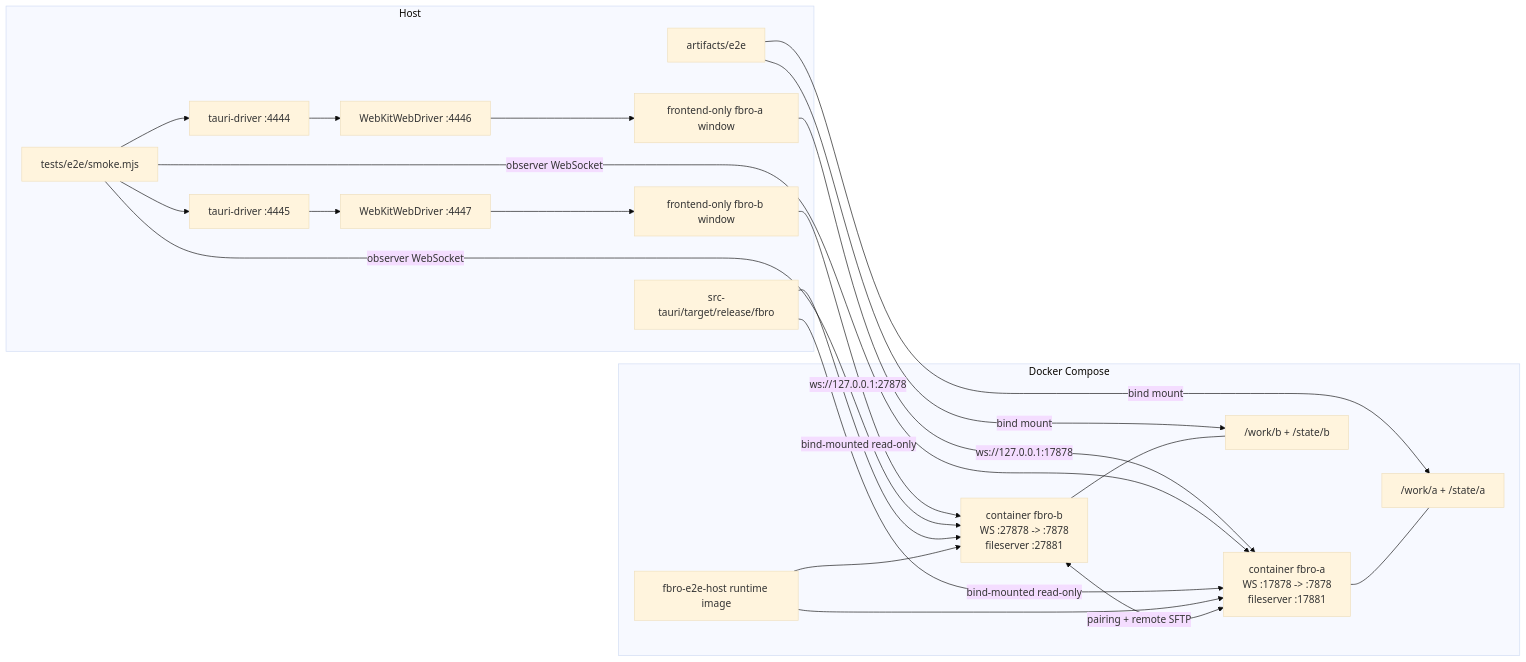
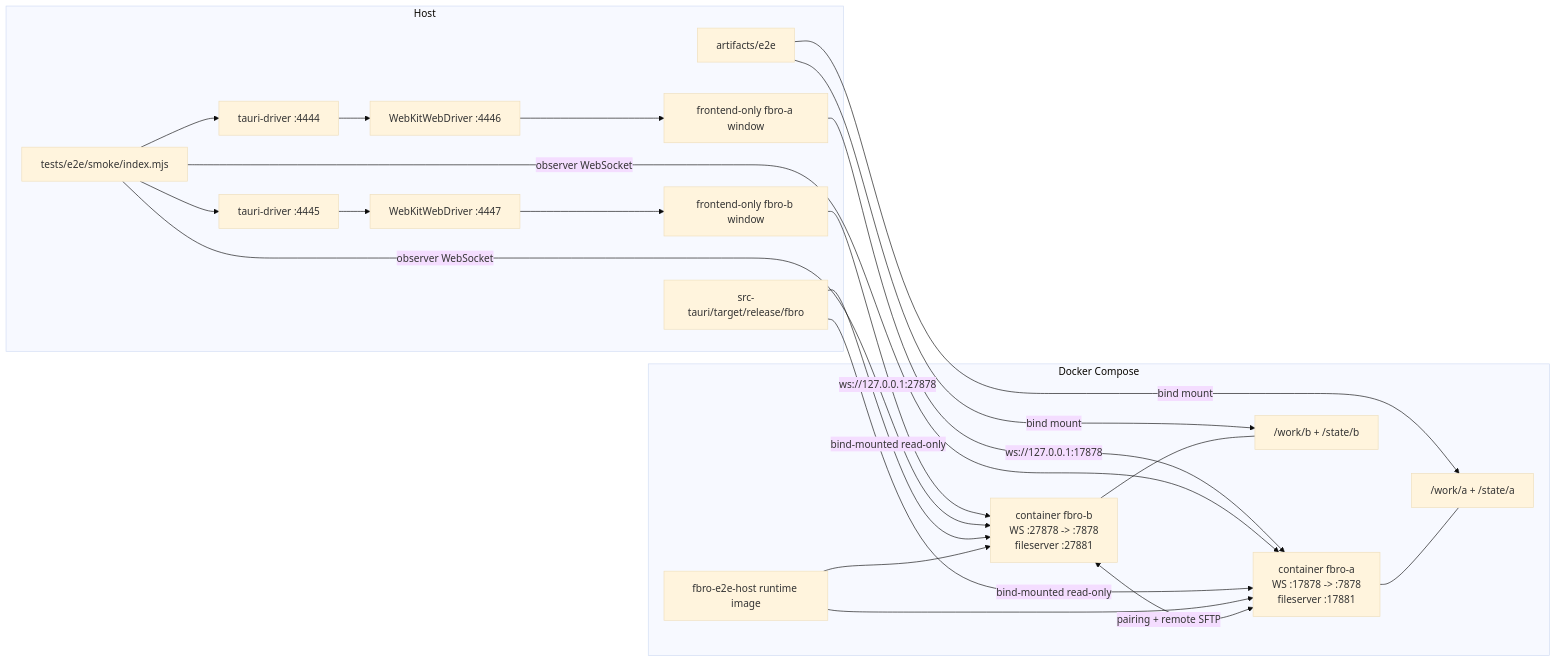
One commit to ktxed/fbro changed the diagram in TESTING.md. Above: the diagram before and after it, drawn with Mermaid (base theme). The commit also changed other lines of this file and 12 other files, not shown here.

````diff
--- a/TESTING.md
+++ b/TESTING.md
@@ -59,42 +59,42 @@
 ```mermaid
 flowchart LR
   subgraph Host["Host"]
-    Smoke["tests/e2e/smoke.mjs"]
+    Smoke["tests/e2e/smoke/index.mjs"]
     TD_A["tauri-driver :4444"]
     TD_B["tauri-driver :4445"]
     WK_A["WebKitWebDriver :4446"]
     WK_B["WebKitWebDriver :4447"]
     FE_A["frontend-only fbro-a window"]
     FE_B["frontend-only fbro-b window"]
     Bin["src-tauri/target/release/fbro"]
     Artifacts["artifacts/e2e"]
   end
 
   subgraph Docker["Docker Compose"]
     Runtime["fbro-e2e-host runtime image"]
     A["container fbro-a\nWS :17878 -> :7878\nfileserver :17881"]
     B["container fbro-b\nWS :27878 -> :7878\nfileserver :27881"]
     WorkA["/work/a + /state/a"]
     WorkB["/work/b + /state/b"]
   end
 
   Smoke --> TD_A
   Smoke --> TD_B
   TD_A --> WK_A --> FE_A
   TD_B --> WK_B --> FE_B
 
   FE_A -->|"ws://127.0.0.1:17878"| A
   FE_B -->|"ws://127.0.0.1:27878"| B
   Smoke -->|"observer WebSocket"| A
   Smoke -->|"observer WebSocket"| B
 
   Bin -->|"bind-mounted read-only"| A
   Bin -->|"bind-mounted read-only"| B
   Runtime --> A
   Runtime --> B
   Artifacts -->|"bind mount"| WorkA
   Artifacts -->|"bind mount"| WorkB
   A --- WorkA
   B --- WorkB
   B <-->|"pairing + remote SFTP"| A
 ```
````
